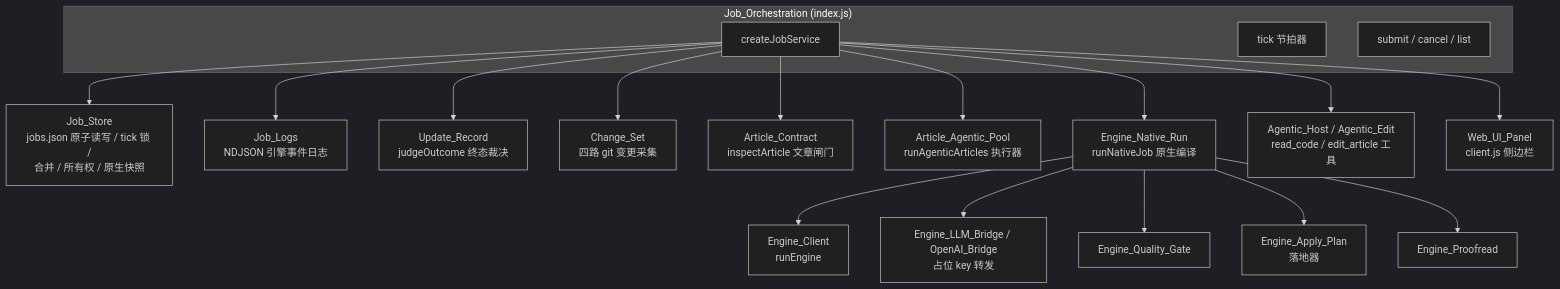
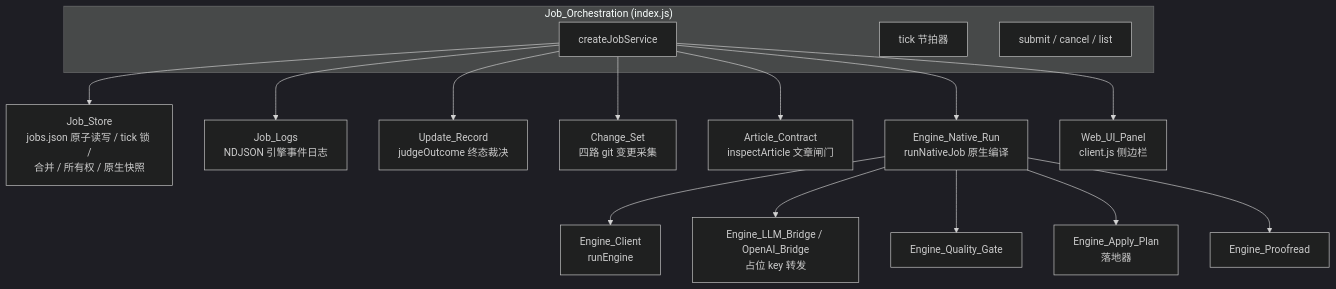
Before and after one commit to ikliml666/dsh-codewiki: the fourth of 6 diagrams in .codewiki/_techdocs/docs/Job_Orchestration.md, drawn with Mermaid (dark theme). The commit also changed other lines of this file and 70 other files, not shown here.

````diff
--- a/.codewiki/_techdocs/docs/Job_Orchestration.md
+++ b/.codewiki/_techdocs/docs/Job_Orchestration.md
@@ -207,24 +179,22 @@
 ```mermaid
 flowchart TB
   subgraph JO["Job_Orchestration (index.js)"]
     JO1["createJobService"]
     JO2["tick 节拍器"]
     JO3["submit / cancel / list"]
   end
 
   JO1 --> JStore["Job_Store<br/>jobs.json 原子读写 / tick 锁 /<br/>合并 / 所有权 / 原生快照"]
   JO1 --> JLogs["Job_Logs<br/>NDJSON 引擎事件日志"]
   JO1 --> UR["Update_Record<br/>judgeOutcome 终态裁决"]
   JO1 --> CS["Change_Set<br/>四路 git 变更采集"]
   JO1 --> AC["Article_Contract<br/>inspectArticle 文章闸门"]
-  JO1 --> AP["Article_Agentic_Pool<br/>runAgenticArticles 执行器"]
   JO1 --> Engine["Engine_Native_Run<br/>runNativeJob 原生编译"]
-  JO1 --> AG["Agentic_Host / Agentic_Edit<br/>read_code / edit_article 工具"]
   JO1 --> WP["Web_UI_Panel<br/>client.js 侧边栏"]
 
   Engine --> EClient["Engine_Client<br/>runEngine"]
   Engine --> EBridge["Engine_LLM_Bridge / OpenAI_Bridge<br/>占位 key 转发"]
   Engine --> EGate["Engine_Quality_Gate"]
   Engine --> EApply["Engine_Apply_Plan<br/>落地器"]
   Engine --> EProof["Engine_Proofread"]
 ```
````
